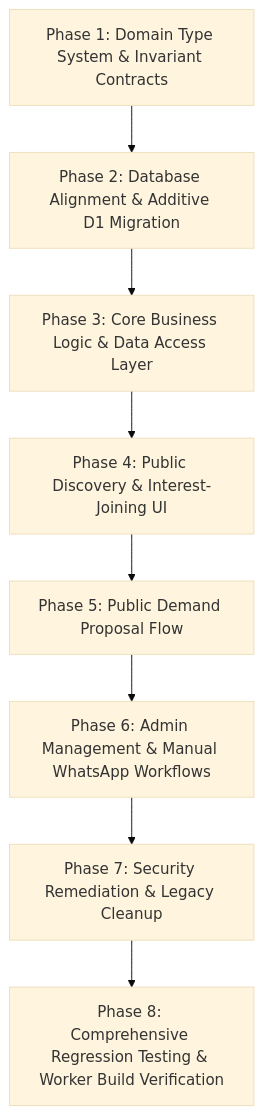
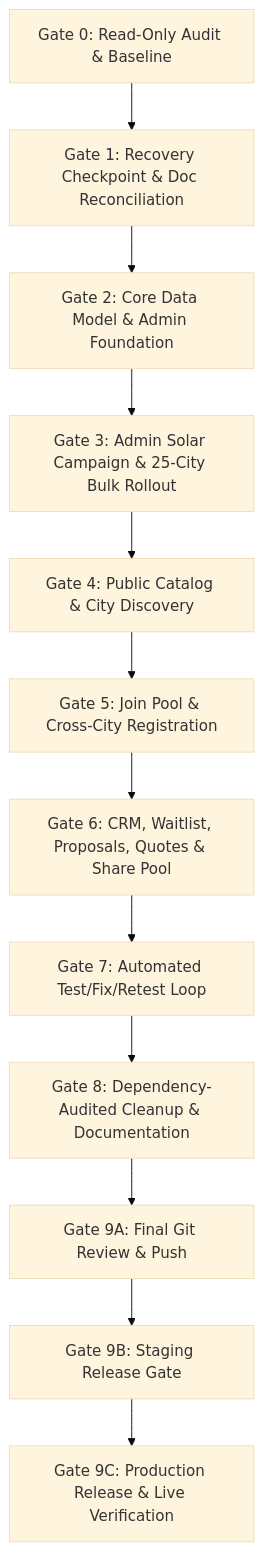
One commit to iamvimalsingh/poolbuy-india changed the diagram in docs/IMPLEMENTATION_PLAN.md. Above: the diagram before and after it, drawn with Mermaid (base theme). The commit also changed other lines of this file and 3 other files, not shown here.

````diff
--- a/docs/IMPLEMENTATION_PLAN.md
+++ b/docs/IMPLEMENTATION_PLAN.md
@@ -12,10 +12,14 @@
 ```mermaid
 flowchart TD
-    P1["Phase 1: Domain Type System & Invariant Contracts"] --> P2["Phase 2: Database Alignment & Additive D1 Migration"]
-    P2 --> P3["Phase 3: Core Business Logic & Data Access Layer"]
-    P3 --> P4["Phase 4: Public Discovery & Interest-Joining UI"]
-    P4 --> P5["Phase 5: Public Demand Proposal Flow"]
-    P5 --> P6["Phase 6: Admin Management & Manual WhatsApp Workflows"]
-    P6 --> P7["Phase 7: Security Remediation & Legacy Cleanup"]
-    P7 --> P8["Phase 8: Comprehensive Regression Testing & Worker Build Verification"]
+    G0["Gate 0: Read-Only Audit & Baseline"] --> G1["Gate 1: Recovery Checkpoint & Doc Reconciliation"]
+    G1 --> G2["Gate 2: Core Data Model & Admin Foundation"]
+    G2 --> G3["Gate 3: Admin Solar Campaign & 25-City Bulk Rollout"]
+    G3 --> G4["Gate 4: Public Catalog & City Discovery"]
+    G4 --> G5["Gate 5: Join Pool & Cross-City Registration"]
+    G5 --> G6["Gate 6: CRM, Waitlist, Proposals, Quotes & Share Pool"]
+    G6 --> G7["Gate 7: Automated Test/Fix/Retest Loop"]
+    G7 --> G8["Gate 8: Dependency-Audited Cleanup & Documentation"]
+    G8 --> G9A["Gate 9A: Final Git Review & Push"]
+    G9A --> G9B["Gate 9B: Staging Release Gate"]
+    G9B --> G9C["Gate 9C: Production Release & Live Verification"]
 ```
````
